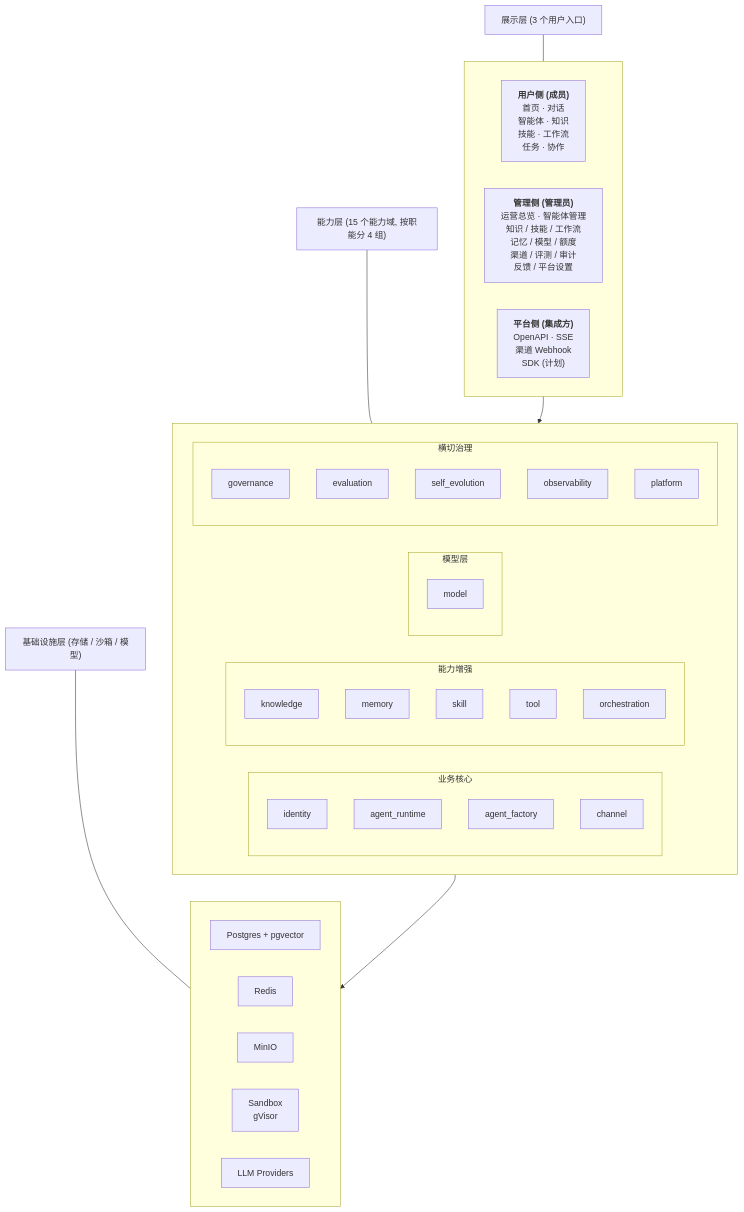
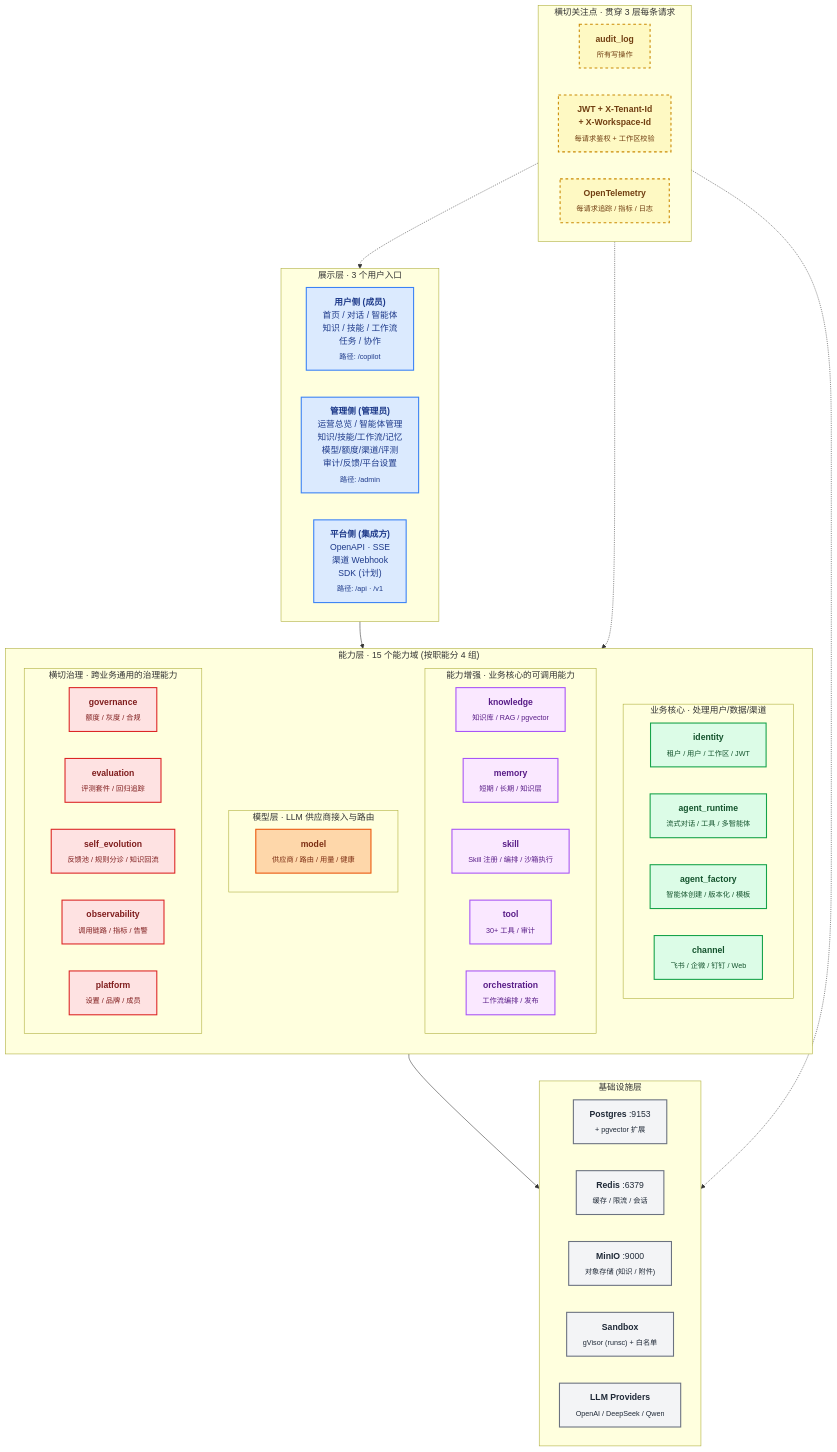
One commit to Lianjifu/QiZhiDaAgentPlatform changed the second of 4 diagrams in README.md. Above: the diagram before and after it, drawn with Mermaid. The commit also changed other lines of this file, not shown here.

Commit message:
docs(README): 信息架构细化 — 颜色编码 + 模块职责 + 横切关注点
旧: 7 组件 Mermaid, 15 域一行字
新: 4 部分 + 颜色编码 + 详细职责注解
- 3 层架构 (展示 / 能力 / 基础设施) + 1 个横切关注点
- 6 个 classDef 配色 (蓝/绿/紫/橙/红/灰) 区分职能组
- 每个 15 域加 <sub> 角色注解 (e.g. <b>agent_runtime</b><br/><sub>流式对话 / 工具 / 多智能体</sub>)
- 每个展示层节点加路径 (/<copilot|/admin|/api · /v1)
- 基础设施层加端口 (Postgres :9153 / Redis :6379 / MinIO :9000)
- 新增横切关注点 (虚线表示跨 3 层):
  - audit_log (所有写操作)
  - JWT + X-Tenant-Id + X-Workspace-Id (每请求鉴权 + 工作区校验)
  - OpenTelemetry (每请求追踪 / 指标 / 日志)
- 4 组的标题也加职能描述 (业务核心 / 能力增强 / 模型层 / 横切治理)

````diff
--- a/README.md
+++ b/README.md
@@ -190,58 +191,69 @@
 ```mermaid
 graph TB
-    L1["展示层 (3 个用户入口)"]
-    L2["能力层 (15 个能力域, 按职能分 4 组)"]
-    L3["基础设施层 (存储 / 沙箱 / 模型)"]
+    classDef sideBox fill:#dbeafe,stroke:#3b82f6,stroke-width:2px,color:#1e3a8a
+    classDef bizBox fill:#dcfce7,stroke:#16a34a,stroke-width:2px,color:#14532d
+    classDef capBox fill:#fae8ff,stroke:#a855f7,stroke-width:2px,color:#581c87
+    classDef mdlBox fill:#fed7aa,stroke:#ea580c,stroke-width:2px,color:#7c2d12
+    classDef govBox fill:#fee2e2,stroke:#dc2626,stroke-width:2px,color:#7f1d1d
+    classDef infraBox fill:#f3f4f6,stroke:#6b7280,stroke-width:2px,color:#1f2937
+    classDef crossBox fill:#fef9c3,stroke:#ca8a04,stroke-width:2px,color:#713f12,stroke-dasharray: 5 5
 
-    subgraph Sides [" "]
+    subgraph L1["展示层 · 3 个用户入口"]
         direction LR
-        U["<b>用户侧 (成员)</b><br/>首页 · 对话<br/>智能体 · 知识<br/>技能 · 工作流<br/>任务 · 协作"]
-        A["<b>管理侧 (管理员)</b><br/>运营总览 · 智能体管理<br/>知识 / 技能 / 工作流<br/>记忆 / 模型 / 额度<br/>渠道 / 评测 / 审计<br/>反馈 / 平台设置"]
-        P["<b>平台侧 (集成方)</b><br/>OpenAPI · SSE<br/>渠道 Webhook<br/>SDK (计划)"]
+        U["<b>用户侧 (成员)</b><br/>首页 / 对话 / 智能体<br/>知识 / 技能 / 工作流<br/>任务 / 协作<br/><sub>路径: /copilot</sub>"]:::sideBox
+        A["<b>管理侧 (管理员)</b><br/>运营总览 / 智能体管理<br/>知识/技能/工作流/记忆<br/>模型/额度/渠道/评测<br/>审计/反馈/平台设置<br/><sub>路径: /admin</sub>"]:::sideBox
+        P["<b>平台侧 (集成方)</b><br/>OpenAPI · SSE<br/>渠道 Webhook<br/>SDK (计划)<br/><sub>路径: /api · /v1</sub>"]:::sideBox
     end
 
-    subgraph Capability [" "]
-        direction LR
-        subgraph BIZ ["业务核心"]
-            direction TB
-            M1[identity]
-            M2[agent_runtime]
-            M3[agent_factory]
-            M4[channel]
+    subgraph L2["能力层 · 15 个能力域 (按职能分 4 组)"]
+        direction TB
+        subgraph BIZ["业务核心 · 处理用户/数据/渠道"]
+            direction LR
+            M1["<b>identity</b><br/><sub>租户 / 用户 / 工作区 / JWT</sub>"]:::bizBox
+            M2["<b>agent_runtime</b><br/><sub>流式对话 / 工具 / 多智能体</sub>"]:::bizBox
+            M3["<b>agent_factory</b><br/><sub>智能体创建 / 版本化 / 模板</sub>"]:::bizBox
+            M4["<b>channel</b><br/><sub>飞书 / 企微 / 钉钉 / Web</sub>"]:::bizBox
         end
-        subgraph CAP ["能力增强"]
-            direction TB
-            M5[knowledge]
-            M6[memory]
-            M7[skill]
-            M8[tool]
-            M9[orchestration]
+        subgraph CAP["能力增强 · 业务核心的可调用能力"]
+            direction LR
+            M5["<b>knowledge</b><br/><sub>知识库 / RAG / pgvector</sub>"]:::capBox
+            M6["<b>memory</b><br/><sub>短期 / 长期 / 知识层</sub>"]:::capBox
+            M7["<b>skill</b><br/><sub>Skill 注册 / 编排 / 沙箱执行</sub>"]:::capBox
+            M8["<b>tool</b><br/><sub>30+ 工具 / 审计</sub>"]:::capBox
+            M9["<b>orchestration</b><br/><sub>工作流编排 / 发布</sub>"]:::capBox
         end
-        subgraph MDL ["模型层"]
-            M10[model]
+        subgraph MDL["模型层 · LLM 供应商接入与路由"]
+            M10["<b>model</b><br/><sub>供应商 / 路由 / 用量 / 健康</sub>"]:::mdlBox
         end
-        subgraph GOV ["横切治理"]
-            direction TB
-            M11[governance]
-            M12[evaluation]
-            M13[self_evolution]
-            M14[observability]
-            M15[platform]
+        subgraph GOV["横切治理 · 跨业务通用的治理能力"]
+            direction LR
+            M11["<b>governance</b><br/><sub>额度 / 灰度 / 合规</sub>"]:::govBox
+            M12["<b>evaluation</b><br/><sub>评测套件 / 回归追踪</sub>"]:::govBox
+            M13["<b>self_evolution</b><br/><sub>反馈池 / 规则分诊 / 知识回流</sub>"]:::govBox
+            M14["<b>observability</b><br/><sub>调用链路 / 指标 / 告警</sub>"]:::govBox
+            M15["<b>platform</b><br/><sub>设置 / 品牌 / 成员</sub>"]:::govBox
         end
     end
 
-    subgraph Infra [" "]
+    subgraph L3["基础设施层"]
         direction LR
-        I1[Postgres + pgvector]
-        I2[Redis]
-        I3[MinIO]
-        I4[Sandbox<br/>gVisor]
-        I5[LLM Providers]
+        I1["<b>Postgres</b> :9153<br/><sub>+ pgvector 扩展</sub>"]:::infraBox
+        I2["<b>Redis</b> :6379<br/><sub>缓存 / 限流 / 会话</sub>"]:::infraBox
+        I3["<b>MinIO</b> :9000<br/><sub>对象存储 (知识 / 附件)</sub>"]:::infraBox
+        I4["<b>Sandbox</b><br/><sub>gVisor (runsc) + 白名单</sub>"]:::infraBox
+        I5["<b>LLM Providers</b><br/><sub>OpenAI / DeepSeek / Qwen</sub>"]:::infraBox
     end
 
-    L1 --- Sides
-    L2 --- Capability
-    L3 --- Infra
-    Sides --> Capability
-    Capability --> Infra
+    subgraph CROSS["横切关注点 · 贯穿 3 层每条请求"]
+        direction LR
+        AUDIT["<b>audit_log</b><br/><sub>所有写操作</sub>"]:::crossBox
+        AUTH["<b>JWT + X-Tenant-Id<br/>+ X-Workspace-Id</b><br/><sub>每请求鉴权 + 工作区校验</sub>"]:::crossBox
+        OBS["<b>OpenTelemetry</b><br/><sub>每请求追踪 / 指标 / 日志</sub>"]:::crossBox
+    end
+
+    L1 --> L2
+    L2 --> L3
+    CROSS -.-> L1
+    CROSS -.-> L2
+    CROSS -.-> L3
 ```
````
